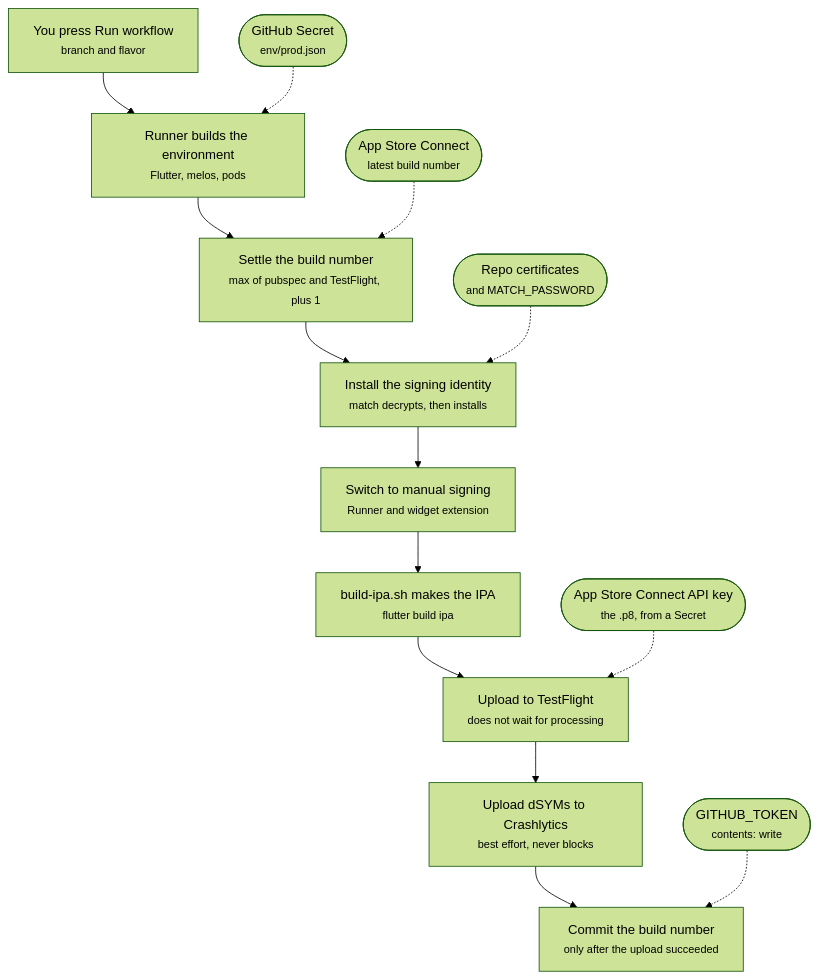
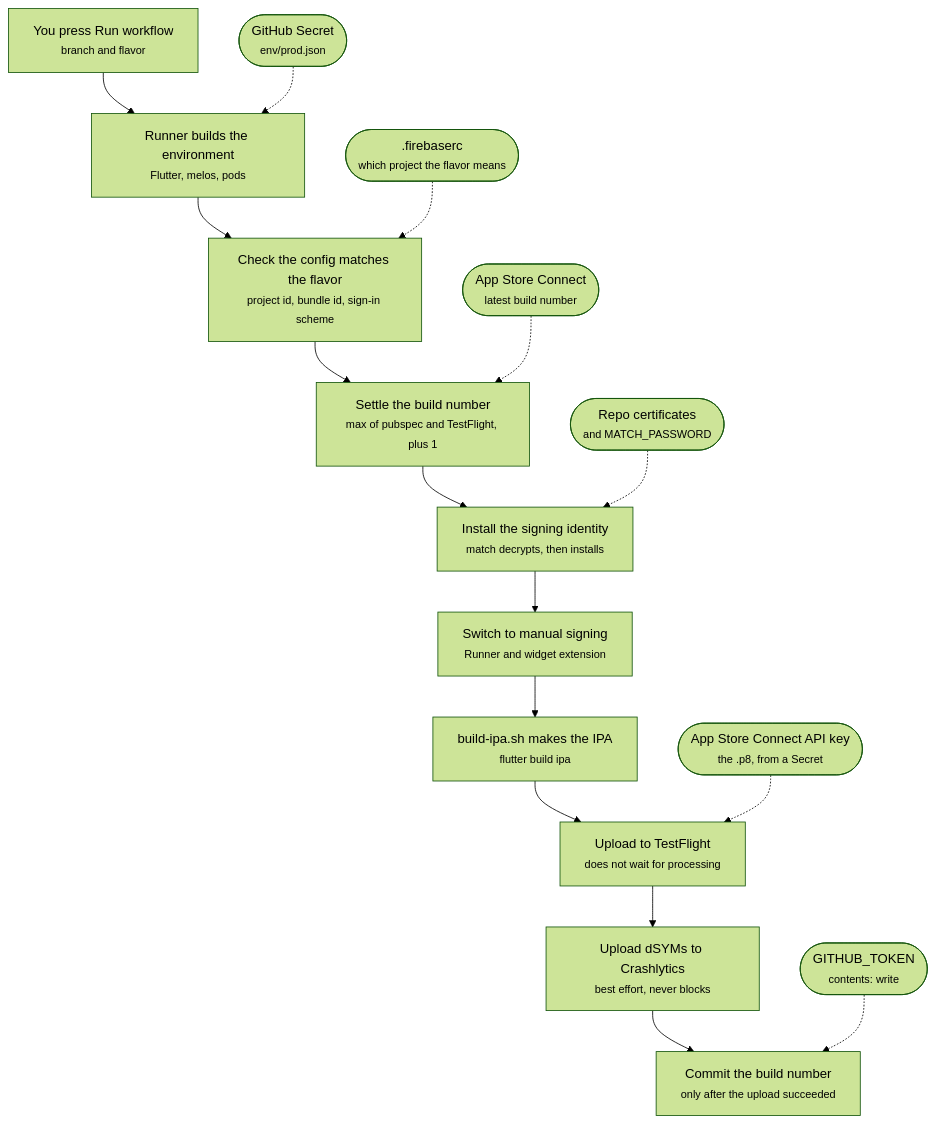
The diagram in docs/release/PIPELINE.md (DAMHONGDUC/migraine-tracker), drawn with Mermaid (forest theme) before and after one commit. The commit also changed 4 other files, not shown here.

First line of the commit message:
docs: update docs - detail is the release lane's flavor config check

````diff
--- a/docs/release/PIPELINE.md
+++ b/docs/release/PIPELINE.md
@@ -16,26 +16,29 @@
 ```mermaid
 flowchart TD
     trigger["You press Run workflow<br/><small>branch and flavor</small>"]
     prep["Runner builds the environment<br/><small>Flutter, melos, pods</small>"]
+    check["Check the config matches the flavor<br/><small>project id, bundle id, sign-in scheme</small>"]
     num["Settle the build number<br/><small>max of pubspec and TestFlight, plus 1</small>"]
     certs["Install the signing identity<br/><small>match decrypts, then installs</small>"]
     sign["Switch to manual signing<br/><small>Runner and widget extension</small>"]
     build["build-ipa.sh makes the IPA<br/><small>flutter build ipa</small>"]
     upload["Upload to TestFlight<br/><small>does not wait for processing</small>"]
     dsym["Upload dSYMs to Crashlytics<br/><small>best effort, never blocks</small>"]
     commit["Commit the build number<br/><small>only after the upload succeeded</small>"]
 
     envjson(["GitHub Secret<br/><small>env/prod.json</small>"])
+    firebaserc([".firebaserc<br/><small>which project the flavor means</small>"])
     asc1(["App Store Connect<br/><small>latest build number</small>"])
     matchrepo(["Repo certificates<br/><small>and MATCH_PASSWORD</small>"])
     asc2(["App Store Connect API key<br/><small>the .p8, from a Secret</small>"])
     token(["GITHUB_TOKEN<br/><small>contents: write</small>"])
 
-    trigger --> prep --> num --> certs --> sign --> build --> upload --> dsym --> commit
+    trigger --> prep --> check --> num --> certs --> sign --> build --> upload --> dsym --> commit
 
     envjson -.-> prep
+    firebaserc -.-> check
     asc1 -.-> num
     matchrepo -.-> certs
     asc2 -.-> upload
     token -.-> commit
 ```
````
